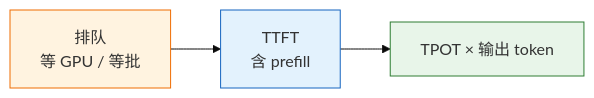
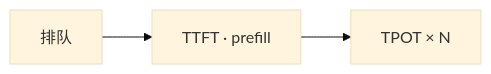
Before and after one commit to ml-cuizijun/LearnToLilith: the second of 5 diagrams in 09-AI与智能运维/08-GPU与推理服务运维/知识点.md, drawn with Mermaid (base theme). The commit also changed other lines of this file and 107 other files, not shown here.

````diff
--- a/09-AI与智能运维/08-GPU与推理服务运维/知识点.md
+++ b/09-AI与智能运维/08-GPU与推理服务运维/知识点.md
@@ -137,12 +183,4 @@
 ```mermaid
 flowchart LR
-    classDef q fill:#fff3e0,stroke:#ef6c00
-    classDef t fill:#e3f2fd,stroke:#1565c0
-    classDef g fill:#e8f5e9,stroke:#2e7d32
-
-    Q["排队<br/>等 GPU / 等批"]:::q
-    T["TTFT<br/>含 prefill"]:::t
-    P["TPOT × 输出 token"]:::g
-
-    Q --> T --> P
+    Q["排队"] --> T["TTFT · prefill"] --> P["TPOT × N"]
 ```
````
